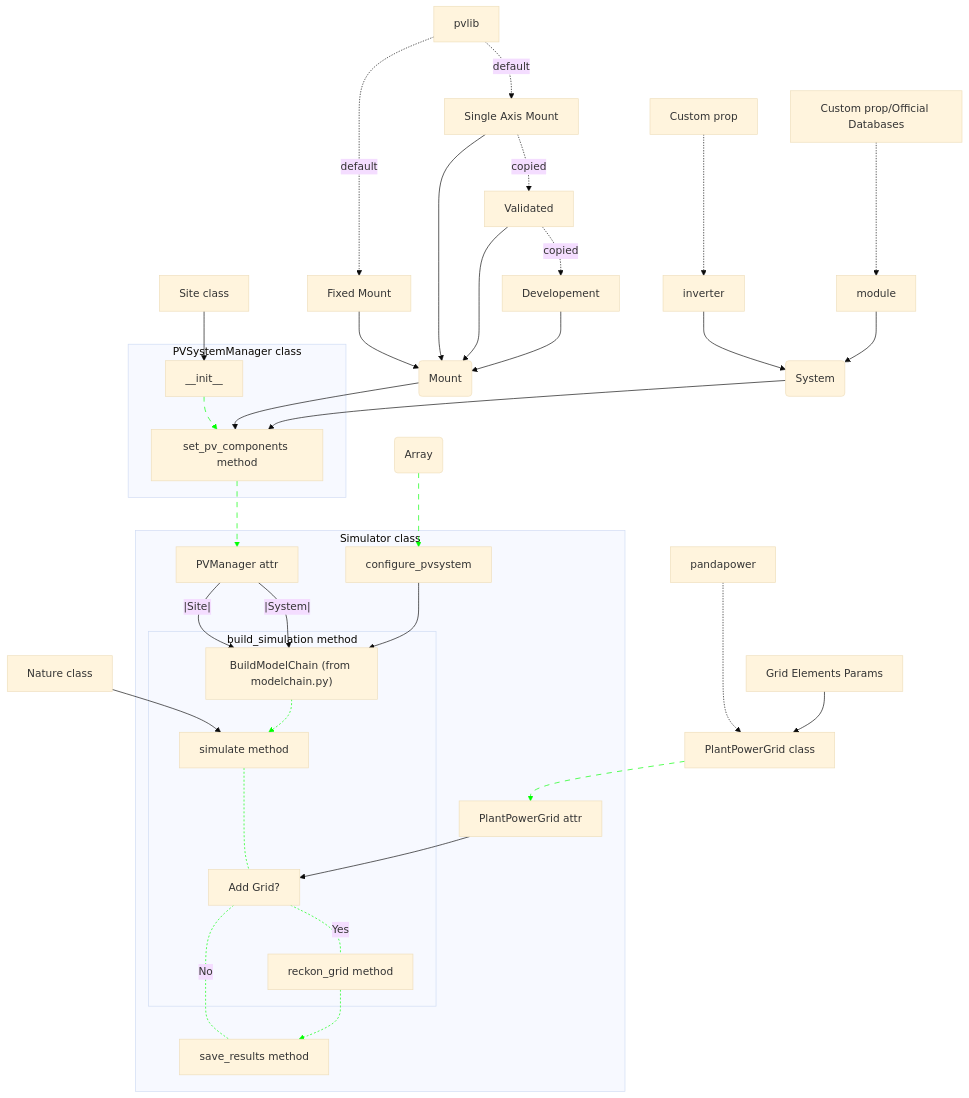
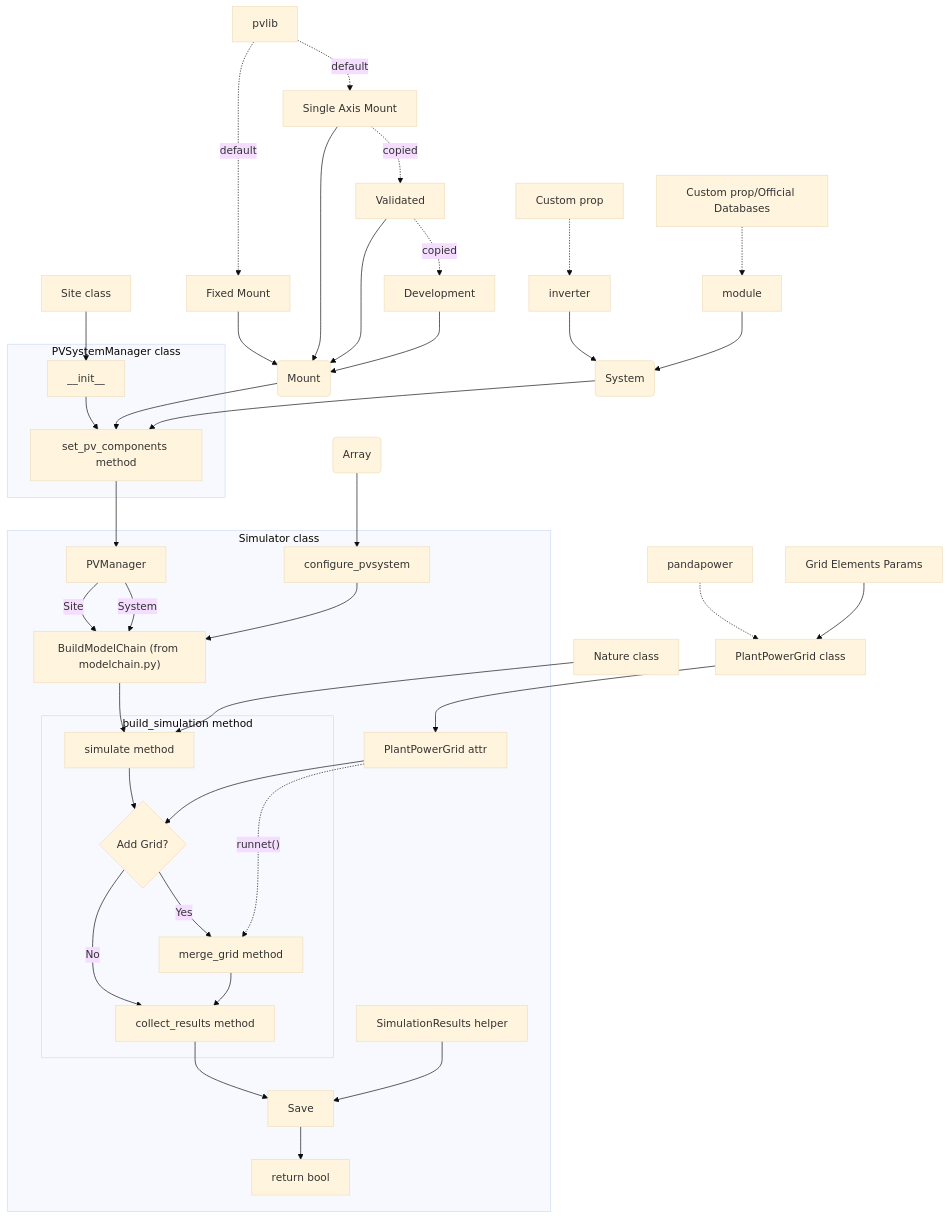
One commit to ef3st/pvapp changed the diagram in docs/Programmer philosophy.md. Above: the diagram before and after it, drawn with Mermaid (base theme). The commit also changed 38 other files, not shown here.

````diff
--- a/docs/Programmer philosophy.md
+++ b/docs/Programmer philosophy.md
@@ -43,82 +43,79 @@
 ```mermaid
 flowchart TD
-  %% ====== Mount
+
   PV["pvlib"]
   A[Fixed Mount]
   B[Single Axis Mount]
   C[Validated]
-  D[Developement]
+  D[Development]
 
-  B -.copied.-> C
-  C -.copied.-> D
+  B -. copied .-> C
+  C -. copied .-> D
 
   M(Mount)
   A --> M
   B --> M
   C --> M
   D --> M
 
-  PV -.default.-> A
-  PV -.default.-> B
+  PV -. default .-> A
+  PV -. default .-> B
 
-  %% ====== PVSystemManager
   subgraph PVSystemManager [PVSystemManager class]
     init[__init__] --> SETPV[set_pv_components method]
   end
 
   SETPV --> Point
-  linkStyle 8 stroke:#0f0,stroke-dasharray: 8 8;
-
   M --> SETPV
-  linkStyle 9 stroke:#0f0,stroke-dasharray: 8 8;
 
   S["Site class"] --> init
-  CustI[Custom prop] -..-> I[inverter] 
-  ModData[Custom prop/Official Databases] -..-> Mod[module]
+  CustI[Custom prop] -.-> I[inverter]
+  ModData[Custom prop/Official Databases] -.-> Mod[module]
 
-  I --> Syst(*System*)
+  I --> Syst(System)
   Mod --> Syst
-  Syst(System) --> SETPV
+  Syst --> SETPV
+
+  ARR(Array) --> CONFIGPV
+
+  subgraph Simulator [Simulator class]
+    Point[PVManager] -- Site --> MC["BuildModelChain (from modelchain.py)"]
+    Point -- System --> MC
+    CONFIGPV[configure_pvsystem] --> MC
+
+    Grid[PlantPowerGrid attr]
+    Store["SimulationResults helper"]
+
+    subgraph build_simulation [build_simulation method]
+      Sim[simulate method]
+      GG{Add Grid?}
+      RG[merge_grid method]
+      COLLECT[collect_results method]
+    end
+
+    MC --> Sim
+
+    Sim --> GG
+
+    Grid --> GG
+    GG -- Yes --> RG
+    GG -- No --> COLLECT
+
+    RG --> COLLECT
+
+    COLLECT --> Save
+
+    Save --> Done[return bool]
+    Store --> Save
+  end
 
   N["Nature class"] --> Sim
 
-  ARR(Array) --> CONFIGPV
-  linkStyle 18 stroke:#0f0,stroke-dasharray: 8 8;
-
-  %% ====== Simulator
-  subgraph Simulator [Simulator class]
-    Point[PVManager attr] -- |Site| --> MC[BuildModelChain fct]
-    Point -- |System| --> MC[BuildModelChain fct]
-    CONFIGPV[configure_pvsystem] --> MC
-
-    subgraph build_simulation [build_simulation method]
-      MC["BuildModelChain (from modelchain.py)"]
-      Sim[simulate method]
-      RG[reckon_grid method]
-      Sim ---- GG[Add Grid?]
-      linkStyle 22 stroke:#0f0,stroke-dasharray: 3 3;
-    end
-
-    MC --> Sim
-    linkStyle 23 stroke:#0f0,stroke-dasharray: 3 3;
-
-
-    Grid[PlantPowerGrid attr] --> GG
-
-    GG -.Yes.- RG
-    GG -. No .- Save[save_results method]
-    linkStyle 25 stroke:#0f0,stroke-dasharray: 3 3;
-
-    RG --> Save
-    linkStyle 26 stroke:#0f0,stroke-dasharray: 3 3;
-    linkStyle 27 stroke:#0f0,stroke-dasharray: 3 3;
-  end
-
-  %% ====== pandapower
-  PP["pandapower"] -..-> PPG["PlantPowerGrid class"]
+  PP["pandapower"] -.-> PPG["PlantPowerGrid class"]
   EP[Grid Elements Params] --> PPG
   PPG --> Grid
-  linkStyle 30 stroke:#0f0,stroke-dasharray: 8 8;
+
+  Grid -. "runnet()" .-> RG
 
 
 ```  
````
